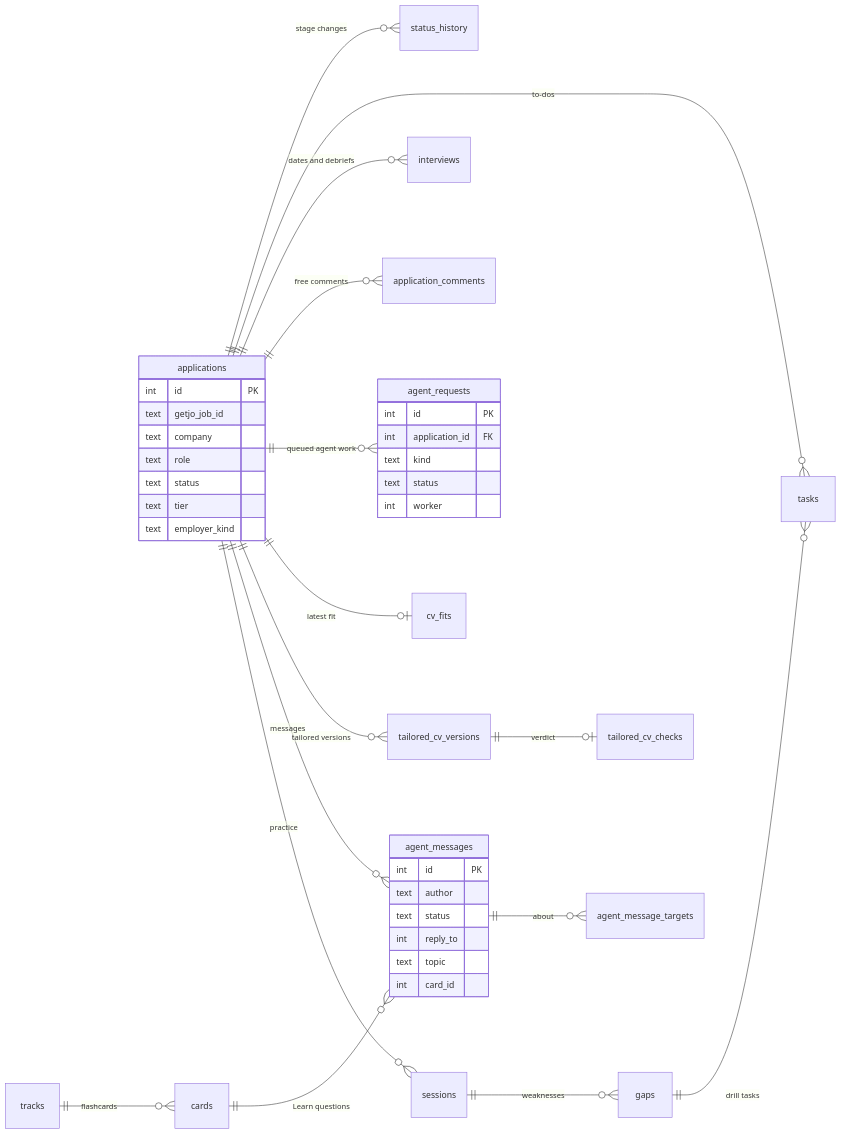
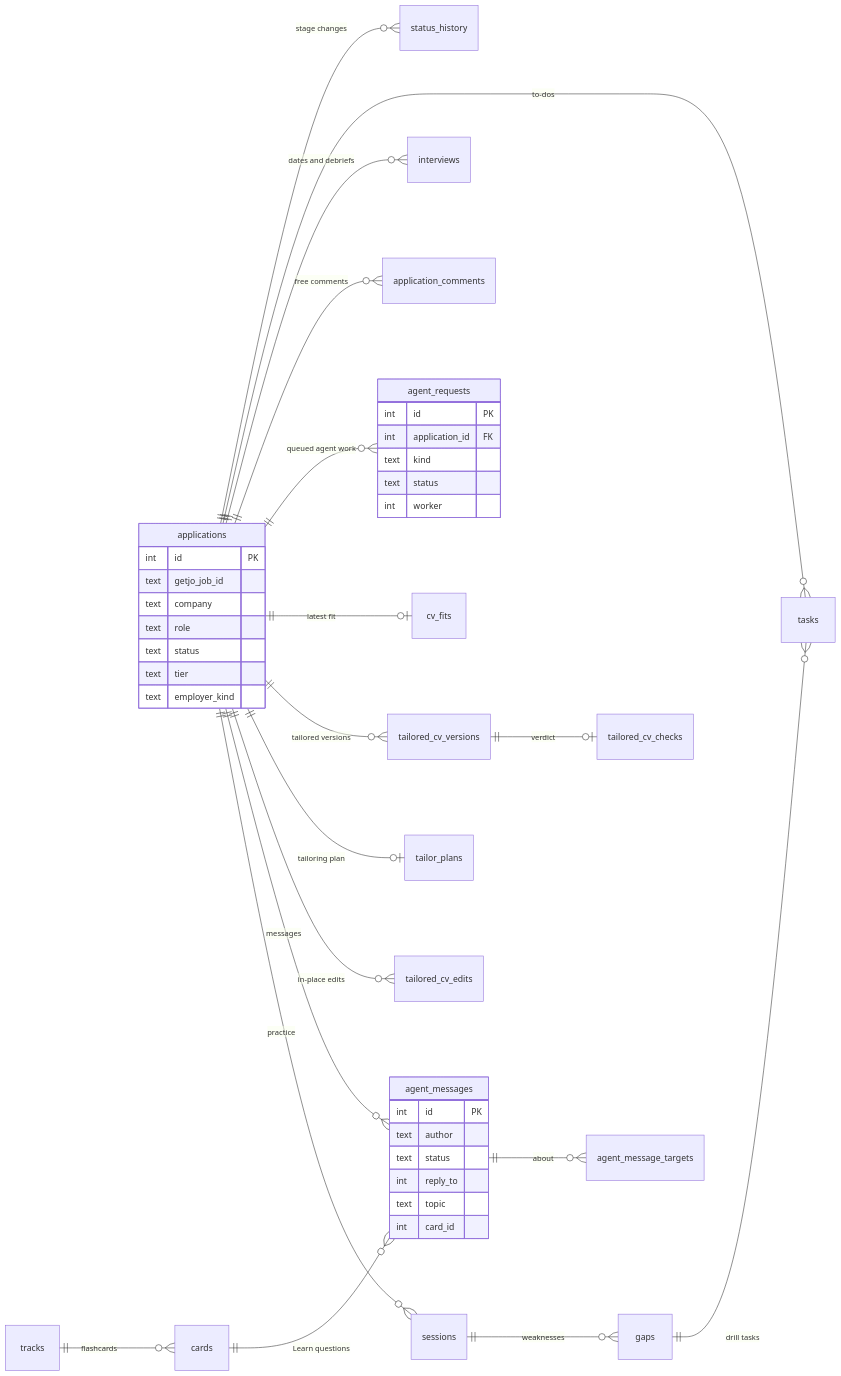
Before and after one commit to Pavlana/hirey: the tenth of 10 diagrams in docs/how-it-works.md, drawn with Mermaid. The commit also changed other lines of this file and 29 other files, not shown here.

First line of the commit message:
Plan-first tailoring and an in-panel CV editor (#59)

````diff
--- a/docs/how-it-works.md
+++ b/docs/how-it-works.md
@@ -308,44 +316,46 @@
 ```mermaid
 erDiagram
     direction LR
     applications ||--o{ status_history : "stage changes"
     applications ||--o{ tasks : "to-dos"
     applications ||--o{ interviews : "dates and debriefs"
     applications ||--o{ application_comments : "free comments"
     applications ||--o{ agent_requests : "queued agent work"
     applications ||--o| cv_fits : "latest fit"
     applications ||--o{ tailored_cv_versions : "tailored versions"
     tailored_cv_versions ||--o| tailored_cv_checks : "verdict"
+    applications ||--o| tailor_plans : "tailoring plan"
+    applications ||--o{ tailored_cv_edits : "in-place edits"
     applications ||--o{ agent_messages : "messages"
     agent_messages ||--o{ agent_message_targets : "about"
     applications ||--o{ sessions : "practice"
     sessions ||--o{ gaps : "weaknesses"
     gaps ||--o{ tasks : "drill tasks"
     tracks ||--o{ cards : "flashcards"
     cards ||--o{ agent_messages : "Learn questions"
 
     applications {
         int id PK
         text getjo_job_id
         text company
         text role
         text status
         text tier
         text employer_kind
     }
     agent_requests {
         int id PK
         int application_id FK
         text kind
         text status
         int worker
     }
     agent_messages {
         int id PK
         text author
         text status
         int reply_to
         text topic
         int card_id
     }
 ```
````
